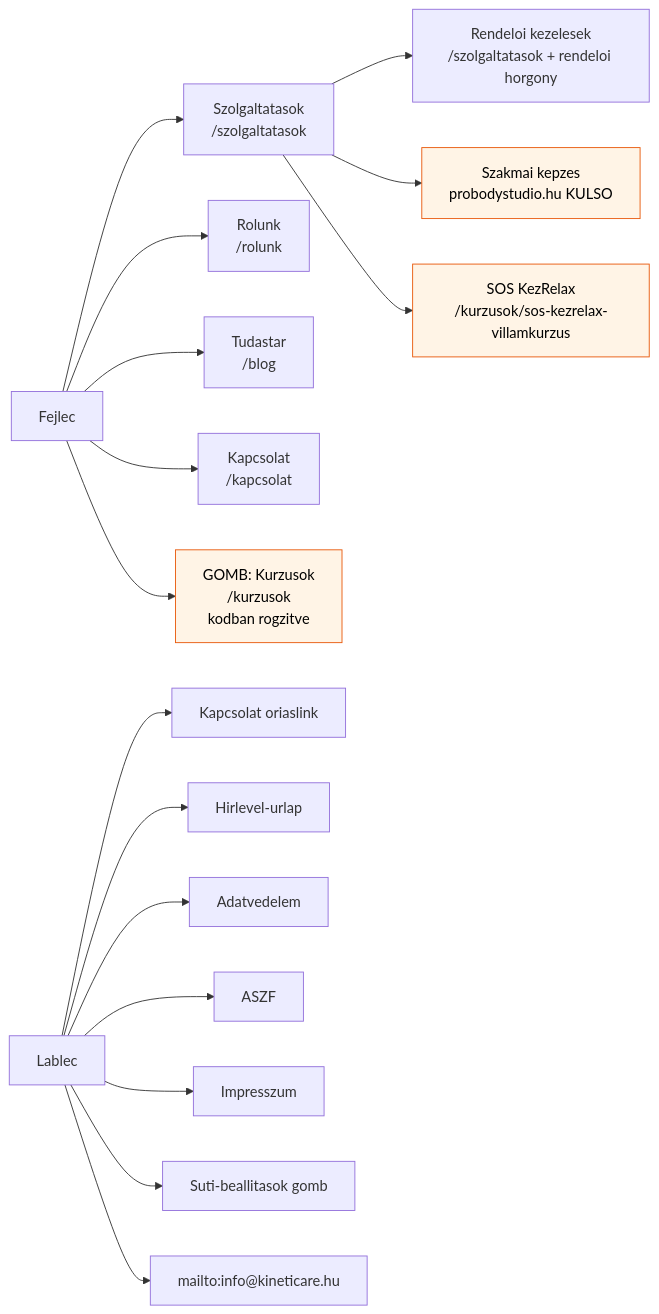
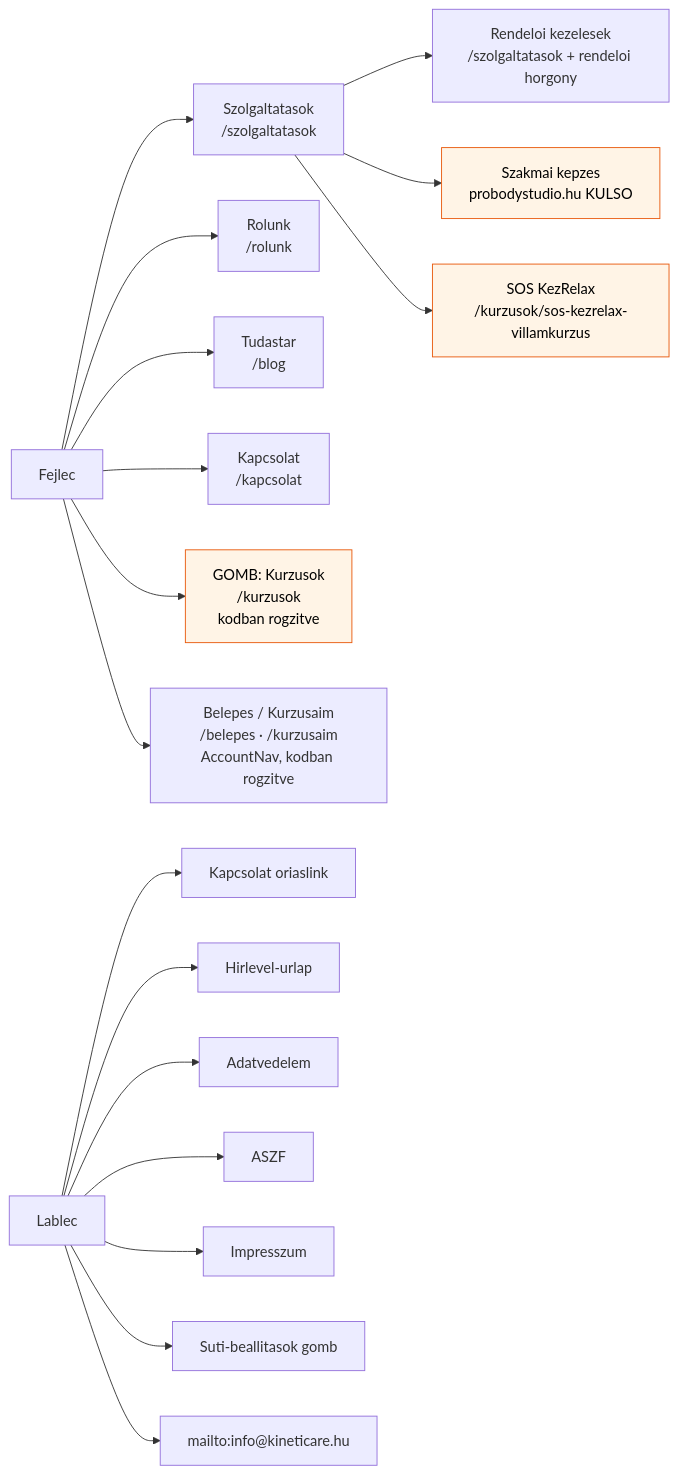
The second of 3 diagrams in docs/informacios-architektura.md (Monoduette/Kineticare), drawn with Mermaid before and after one commit. The commit also changed other lines of this file and 37 other files, not shown here.

````diff
--- a/docs/informacios-architektura.md
+++ b/docs/informacios-architektura.md
@@ -188,25 +188,26 @@
 ```mermaid
 flowchart LR
     ROOT["Fejlec"]
     ROOT --> M1["Szolgaltatasok<br/>/szolgaltatasok"]
     ROOT --> M2["Rolunk<br/>/rolunk"]
     ROOT --> M3["Tudastar<br/>/blog"]
     ROOT --> M4["Kapcsolat<br/>/kapcsolat"]
     ROOT --> BTN["GOMB: Kurzusok<br/>/kurzusok<br/>kodban rogzitve"]
+    ROOT --> ACC["Belepes / Kurzusaim<br/>/belepes · /kurzusaim<br/>AccountNav, kodban rogzitve"]
 
     M1 --> S1["Rendeloi kezelesek<br/>/szolgaltatasok + rendeloi horgony"]
     M1 --> S2["Szakmai kepzes<br/>probodystudio.hu KULSO"]
     M1 --> S3["SOS KezRelax<br/>/kurzusok/sos-kezrelax-villamkurzus"]
 
     FOOT["Lablec"]
     FOOT --> F1["Kapcsolat oriaslink"]
     FOOT --> F2["Hirlevel-urlap"]
     FOOT --> F3["Adatvedelem"]
     FOOT --> F4["ASZF"]
     FOOT --> F5["Impresszum"]
     FOOT --> F6["Suti-beallitasok gomb"]
     FOOT --> F7["mailto:info@kineticare.hu"]
 
     classDef gond fill:#fff4e6,stroke:#e8590c,color:#000
     class S2,S3,BTN gond
 ```
````
